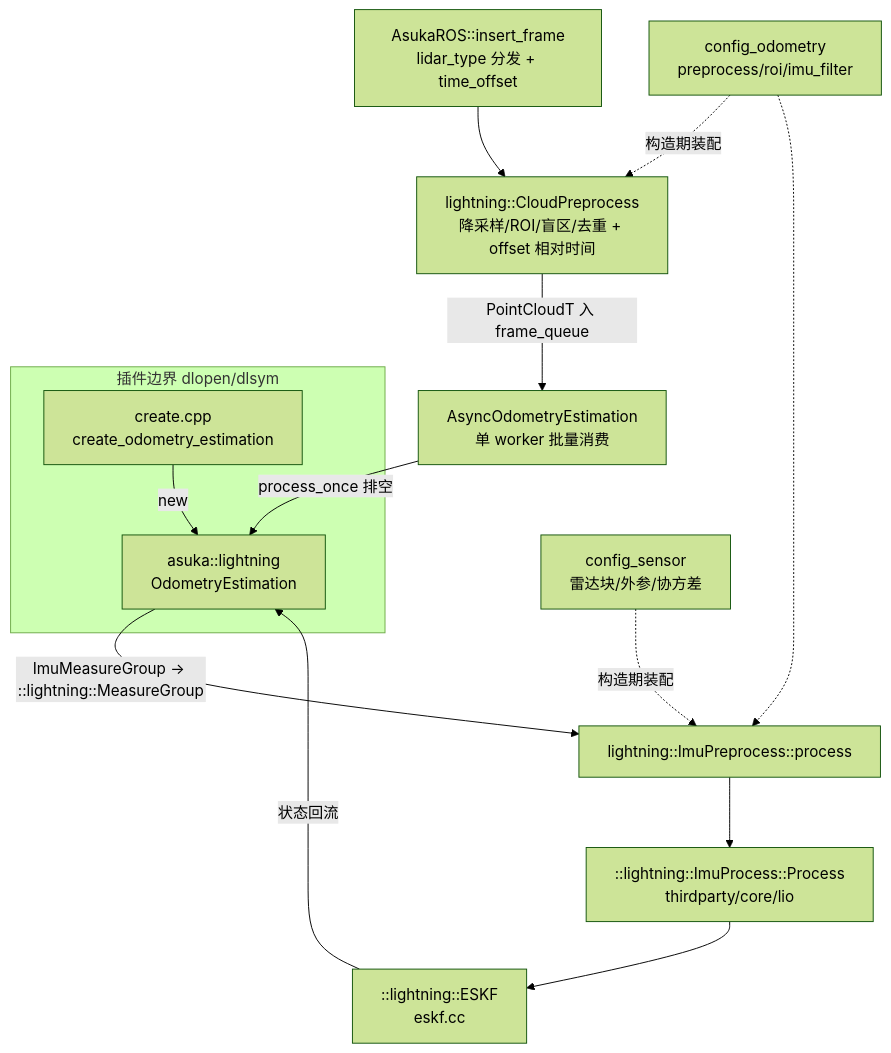
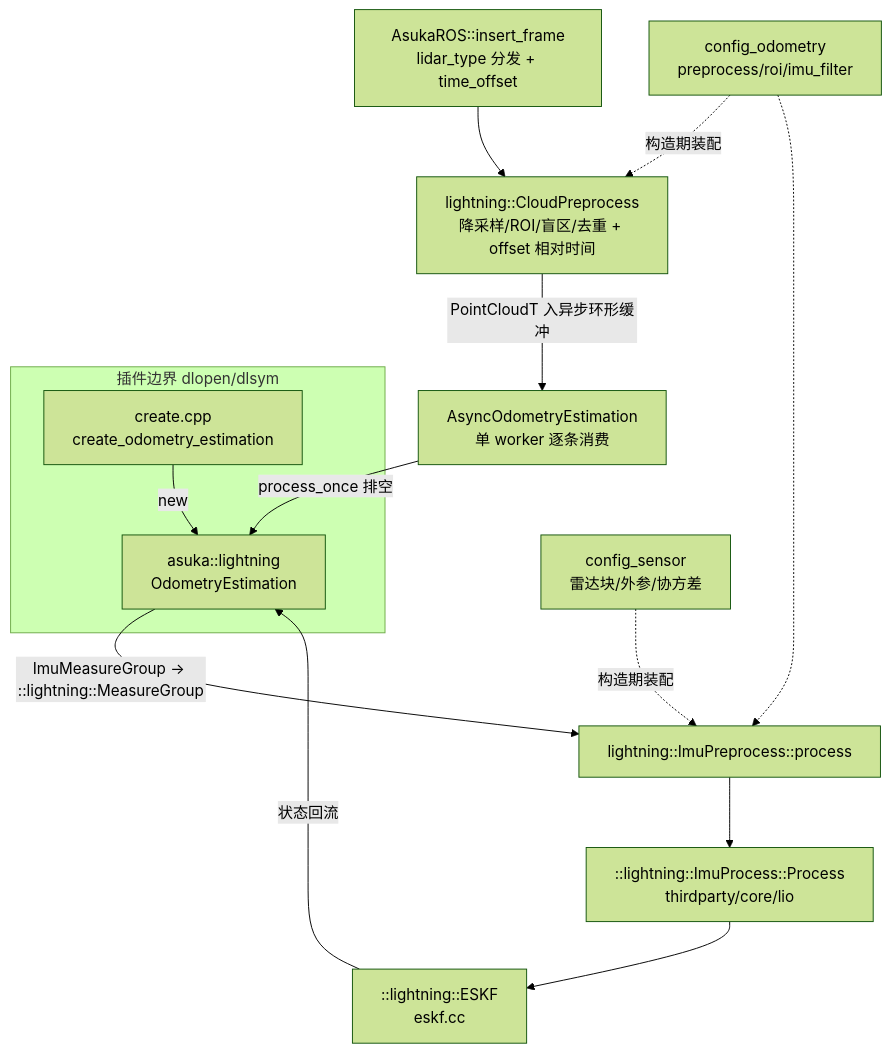
One commit to AphroraC/asuka changed the diagram in docs/wiki/odometry/06.md. Above: the diagram before and after it, drawn with Mermaid (forest theme). The commit also changed other lines of this file and 30 other files, not shown here.

````diff
--- a/docs/wiki/odometry/06.md
+++ b/docs/wiki/odometry/06.md
@@ -74,16 +74,16 @@
 ```mermaid
 flowchart TB
   subgraph PLUGIN["插件边界 dlopen/dlsym"]
     FACT["create.cpp<br/>create_odometry_estimation"] -->|new| OE["asuka::lightning<br/>OdometryEstimation"]
   end
   ROS["AsukaROS::insert_frame<br/>lidar_type 分发 + time_offset"] --> CP["lightning::CloudPreprocess<br/>降采样/ROI/盲区/去重 + offset 相对时间"]
-  CP -->|"PointCloudT 入 frame_queue"| ASYNC["AsyncOdometryEstimation<br/>单 worker 批量消费"]
+  CP -->|"PointCloudT 入异步环形缓冲"| ASYNC["AsyncOdometryEstimation<br/>单 worker 逐条消费"]
   ASYNC -->|"process_once 排空"| OE
   OE -->|"ImuMeasureGroup → ::lightning::MeasureGroup"| IP["lightning::ImuPreprocess::process"]
   IP --> P["::lightning::ImuProcess::Process<br/>thirdparty/core/lio"]
   P --> KF["::lightning::ESKF<br/>eskf.cc"]
   KF -->|"状态回流"| OE
   CFG1["config_sensor<br/>雷达块/外参/协方差"] -.构造期装配.-> IP
   CFG2["config_odometry<br/>preprocess/roi/imu_filter"] -.构造期装配.-> CP
   CFG2 -.-> IP
 ```
````
